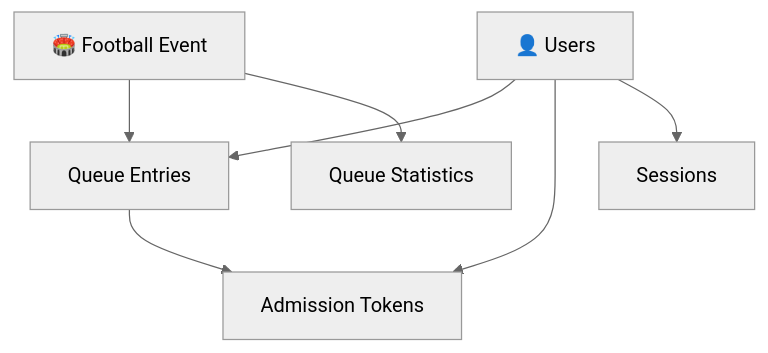
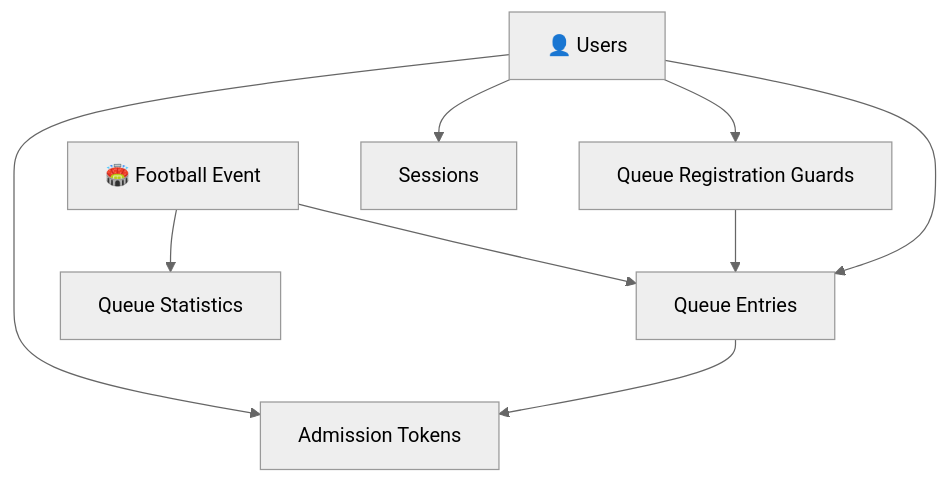
Before and after one commit to Afffan16/football-virtual-waiting-room: the first of 5 diagrams in docs/04-data-model.md, drawn with Mermaid (neutral theme). The commit also changed other lines of this file and 38 other files, not shown here.

````diff
--- a/docs/04-data-model.md
+++ b/docs/04-data-model.md
@@ -54,11 +54,13 @@
 ```mermaid
 flowchart TD
     E[🏟️ Football Event]
     E --> Q[Queue Entries]
     E --> S[Queue Statistics]
     U[👤 Users]
+    U --> R[Queue Registration Guards]
+    R --> Q
     U --> Q
     U --> T[Admission Tokens]
     U --> SE[Sessions]
     Q --> T
 ```
````
